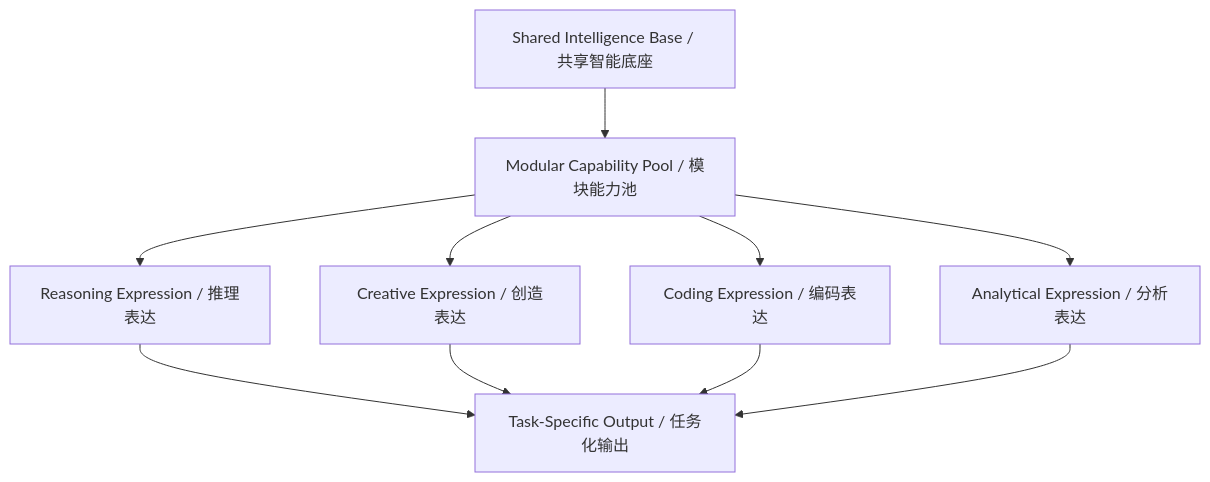
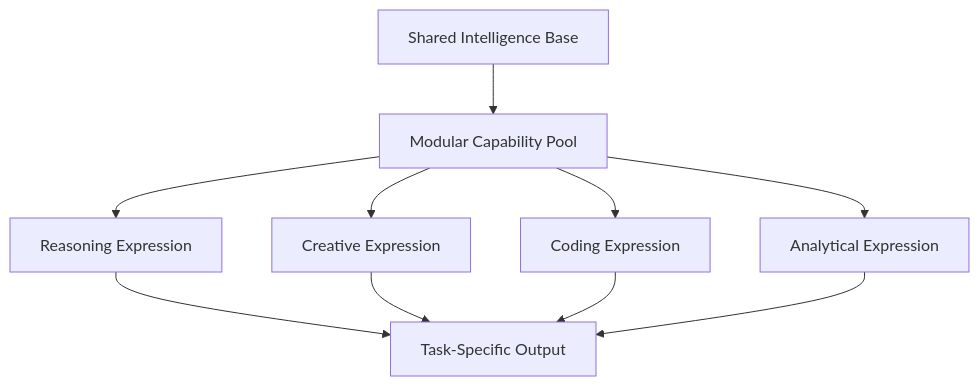
Before and after one commit to televgtamfe-coder/HelixForge: the seventh of 8 diagrams in README.md, drawn with Mermaid. The commit also changed other lines of this file and 1 other file, not shown here.

````diff
--- a/README.md
+++ b/README.md
@@ -215,12 +185,12 @@
 ```mermaid
 flowchart TD
-    G["Shared Intelligence Base / 共享智能底座"] --> M["Modular Capability Pool / 模块能力池"]
-    M --> A["Reasoning Expression / 推理表达"]
-    M --> B["Creative Expression / 创造表达"]
-    M --> C["Coding Expression / 编码表达"]
-    M --> D["Analytical Expression / 分析表达"]
-    A --> O["Task-Specific Output / 任务化输出"]
+    G["Shared Intelligence Base"] --> M["Modular Capability Pool"]
+    M --> A["Reasoning Expression"]
+    M --> B["Creative Expression"]
+    M --> C["Coding Expression"]
+    M --> D["Analytical Expression"]
+    A --> O["Task-Specific Output"]
     B --> O
     C --> O
     D --> O
 ```
````
